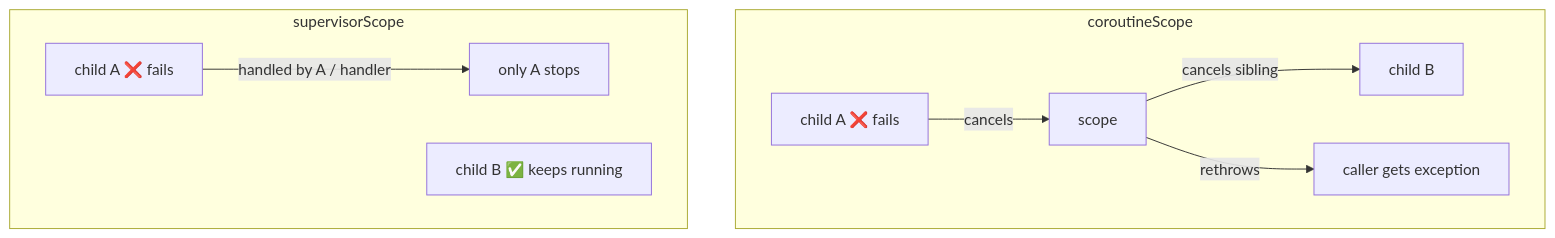
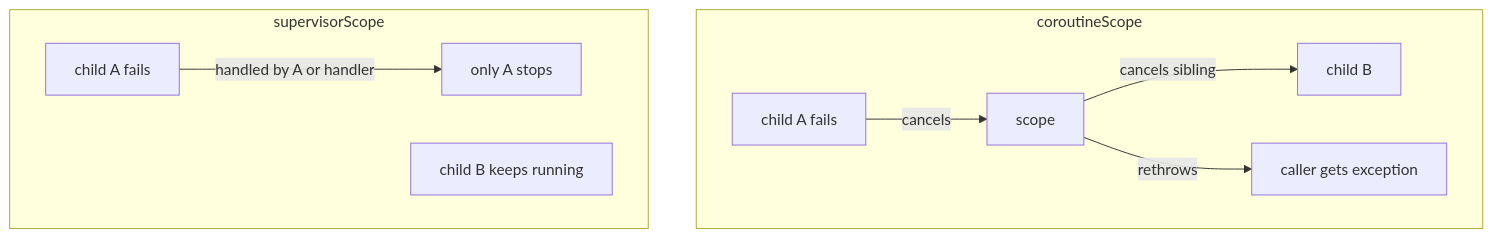
Before and after one commit to AkshayAshokCode/Android-Interview-Questions-cheat-sheet: the third of 6 diagrams in topics/03-coroutines.md, drawn with Mermaid. The commit also changed other lines of this file and 21 other files, not shown here.

````diff
--- a/topics/03-coroutines.md
+++ b/topics/03-coroutines.md
@@ -200,12 +629,12 @@
 ```mermaid
 flowchart TD
     subgraph CS["coroutineScope"]
-        A1["child A ❌ fails"] -->|"cancels"| P1["scope"]
+        A1["child A fails"] -->|"cancels"| P1["scope"]
         P1 -->|"cancels sibling"| B1["child B"]
         P1 -->|"rethrows"| E1["caller gets exception"]
     end
     subgraph SS["supervisorScope"]
-        A2["child A ❌ fails"] -->|"handled by A / handler"| H2["only A stops"]
-        B2["child B ✅ keeps running"]
+        A2["child A fails"] -->|"handled by A or handler"| H2["only A stops"]
+        B2["child B keeps running"]
     end
 ```
````
